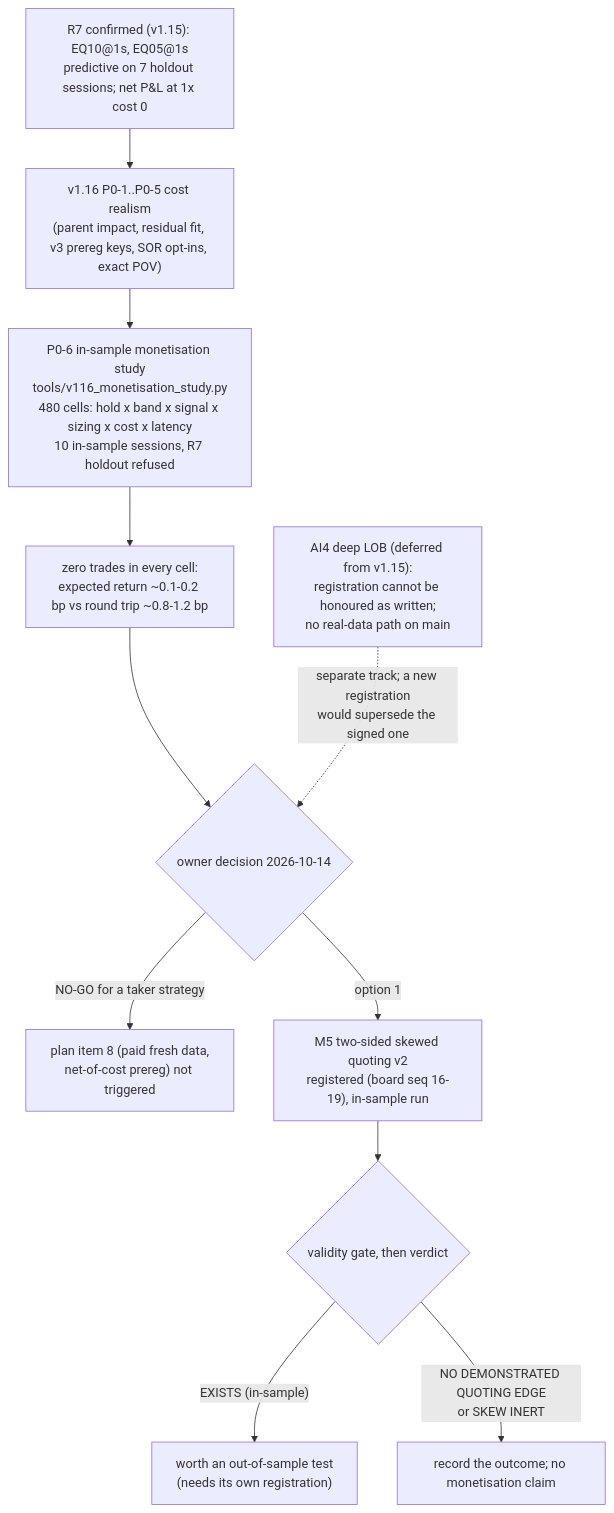
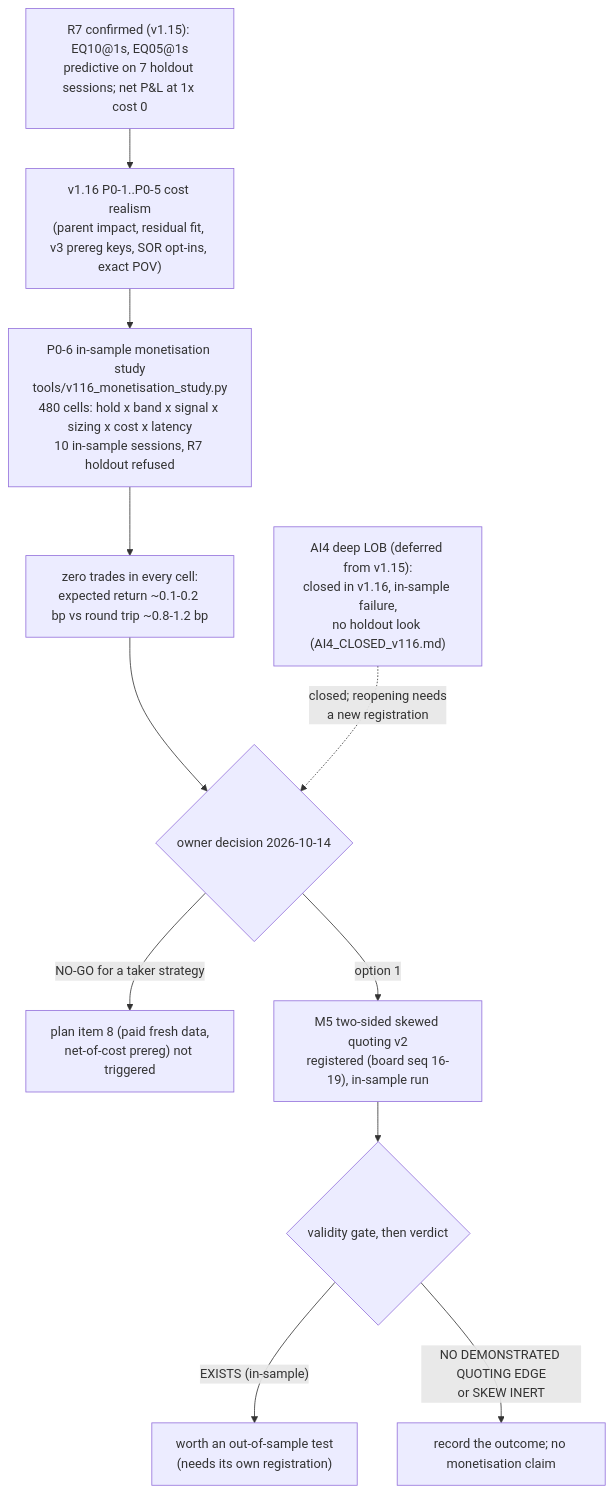
The diagram in docs/diagrams/v116_monetisation_decision.mmd (AshJha0/intraday-alpha-platform), drawn with Mermaid before and after one commit. The commit also changed 37 other files, not shown here.

First line of the commit message:
REL-14c: documentation truth pass against v1.18.0 (README, site, LEARN, COOKBOOK, roadmap, architecture, data docs, API docs)

```diff
--- a/docs/diagrams/v116_monetisation_decision.mmd
+++ b/docs/diagrams/v116_monetisation_decision.mmd
@@ -1,13 +1,13 @@
 flowchart TD
     %% v1.16 monetisation path. Sources: docs/research/R7_RESULTS.md, research/v116/MONETISATION_P0-6.md,
-    %% research/quoting_real/prereg_v2*.json, research/r7/AI4_DEFERRED.md.
+    %% research/quoting_real/prereg_v2*.json, research/r7/AI4_CLOSED_v116.md (supersedes AI4_DEFERRED.md).
     R7["R7 confirmed (v1.15): EQ10@1s, EQ05@1s<br/>predictive on 7 holdout sessions; net P&L at 1x cost 0"] --> P0["v1.16 P0-1..P0-5 cost realism<br/>(parent impact, residual fit, v3 prereg keys, SOR opt-ins, exact POV)"]
     P0 --> STUDY["P0-6 in-sample monetisation study<br/>tools/v116_monetisation_study.py<br/>480 cells: hold x band x signal x sizing x cost x latency<br/>10 in-sample sessions, R7 holdout refused"]
     STUDY --> RES["zero trades in every cell:<br/>expected return ~0.1-0.2 bp vs round trip ~0.8-1.2 bp"]
     RES --> GO{"owner decision 2026-10-14"}
     GO -- "NO-GO for a taker strategy" --> NOD["plan item 8 (paid fresh data,<br/>net-of-cost prereg) not triggered"]
     GO -- "option 1" --> Q2["M5 two-sided skewed quoting v2<br/>registered (board seq 16-19), in-sample run"]
     Q2 --> QV{"validity gate, then verdict"}
     QV -- "EXISTS (in-sample)" --> OOS["worth an out-of-sample test<br/>(needs its own registration)"]
     QV -- "NO DEMONSTRATED QUOTING EDGE<br/>or SKEW INERT" --> STOP["record the outcome; no monetisation claim"]
-    AI4["AI4 deep LOB (deferred from v1.15):<br/>registration cannot be honoured as written;<br/>no real-data path on main"] -. "separate track; a new registration<br/>would supersede the signed one" .-> GO
+    AI4["AI4 deep LOB (deferred from v1.15):<br/>closed in v1.16, in-sample failure,<br/>no holdout look (AI4_CLOSED_v116.md)"] -. "closed; reopening needs<br/>a new registration" .-> GO
```
